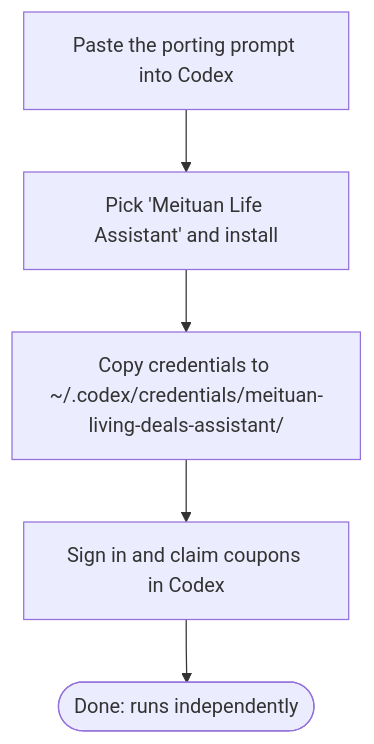
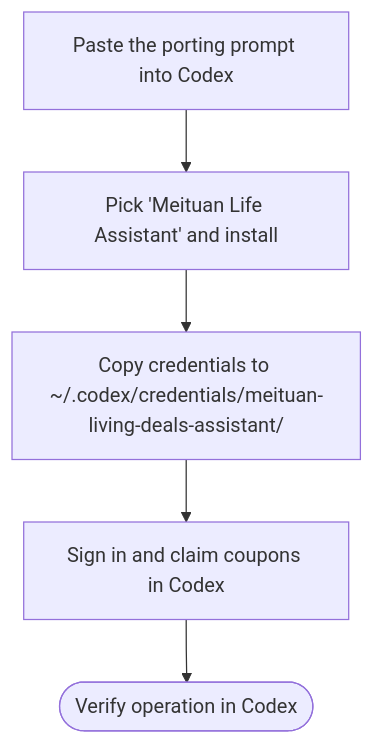
One commit to chillboy67/workbuddy-meituan-daily-benefits-guide changed the fourth of 4 diagrams in README.en.md. Above: the diagram before and after it, drawn with Mermaid. The commit also changed other lines of this file and 3 other files, not shown here.

````diff
--- a/README.en.md
+++ b/README.en.md
@@ -171,7 +180,7 @@
 ```mermaid
 flowchart TD
     Step1[Paste the porting prompt into Codex] --> Step2[Pick 'Meituan Life Assistant' and install]
     Step2 --> Step3[Copy credentials to ~/.codex/credentials/meituan-living-deals-assistant/]
     Step3 --> Step4[Sign in and claim coupons in Codex]
-    Step4 --> End3([Done: runs independently])
+    Step4 --> End3([Verify operation in Codex])
 ```
````
